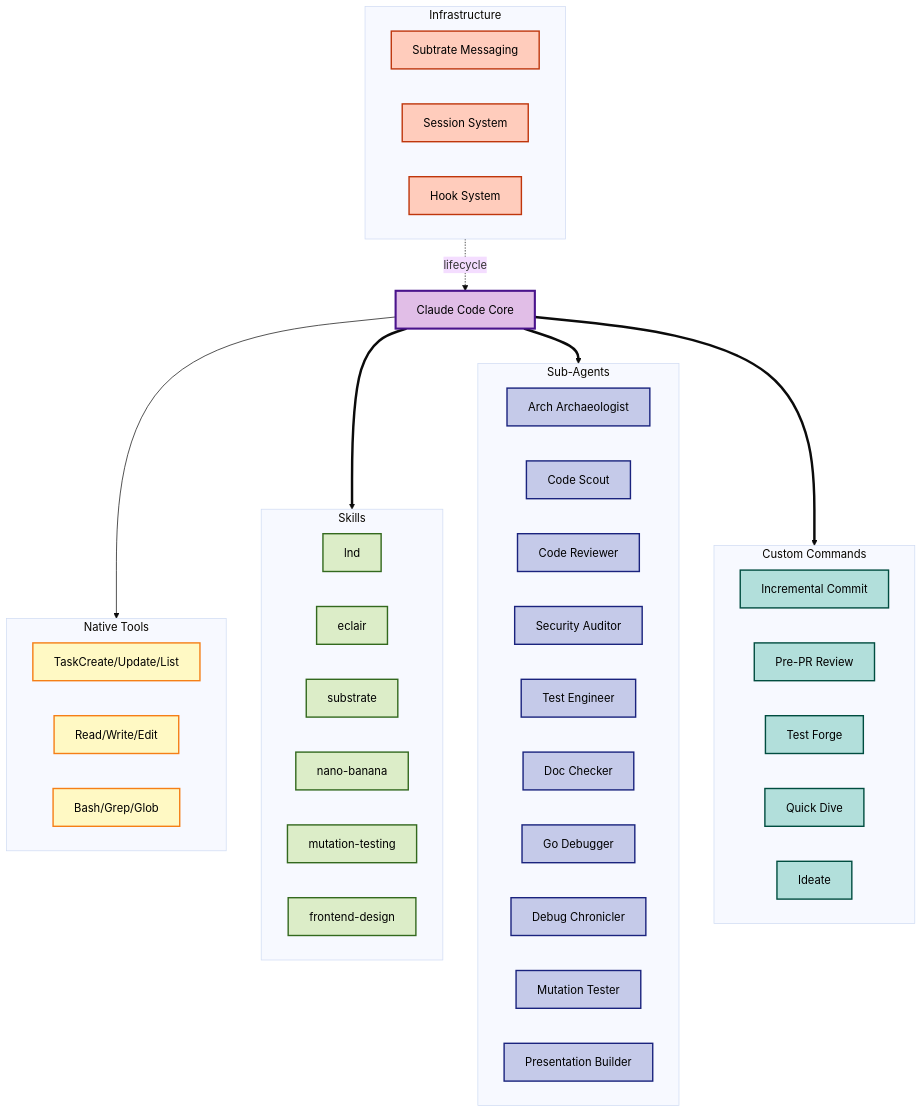
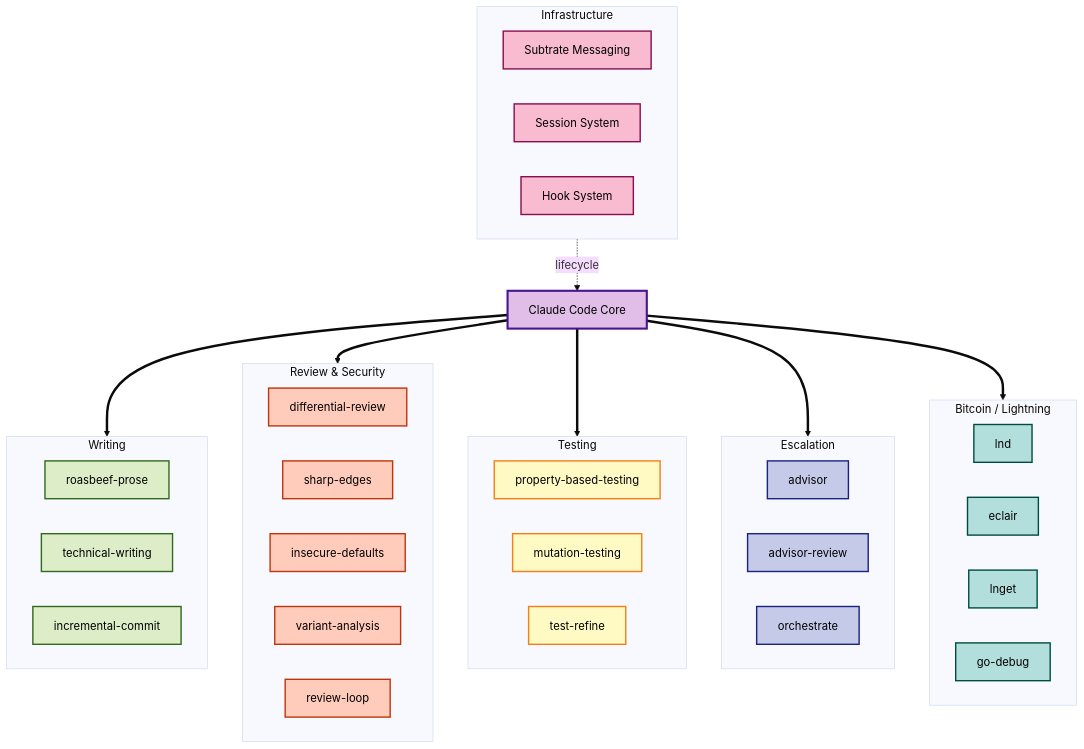
The diagram in README.md (Roasbeef/beefstack), drawn with Mermaid (base theme) before and after one commit. The commit also changed other lines of this file, not shown here.

````diff
--- a/README.md
+++ b/README.md
@@ -7,71 +58,72 @@
 ```mermaid
 graph TB
     Main[Claude Code Core]
 
-    subgraph NativeTools["Native Tools"]
+    subgraph Writing["Writing"]
         direction LR
-        NT1[TaskCreate/Update/List]
-        NT2[Read/Write/Edit]
-        NT3[Bash/Grep/Glob]
+        W1[roasbeef-prose]
+        W2[technical-writing]
+        W3[incremental-commit]
     end
 
-    subgraph Skills["Skills"]
+    subgraph Review["Review &amp; Security"]
         direction LR
-        S1[lnd]
-        S2[eclair]
-        S3[substrate]
-        S4[nano-banana]
-        S5[mutation-testing]
-        S6[frontend-design]
+        R1[differential-review]
+        R2[sharp-edges]
+        R3[insecure-defaults]
+        R4[variant-analysis]
+        R5[review-loop]
     end
 
-    subgraph Agents["Sub-Agents"]
+    subgraph Testing["Testing"]
         direction LR
-        AA[Arch Archaeologist]
-        CS[Code Scout]
-        CR[Code Reviewer]
-        SA[Security Auditor]
-        TE[Test Engineer]
-        DD[Doc Checker]
-        GD[Go Debugger]
-        DC2[Debug Chronicler]
-        MT[Mutation Tester]
-        PB[Presentation Builder]
+        T1[property-based-testing]
+        T2[mutation-testing]
+        T3[test-refine]
     end
 
-    subgraph Commands["Custom Commands"]
+    subgraph Escalation["Escalation"]
         direction LR
-        IC[Incremental Commit]
-        PR[Pre-PR Review]
-        TF[Test Forge]
-        QD[Quick Dive]
-        ID[Ideate]
+        E1[advisor]
+        E2[advisor-review]
+        E3[orchestrate]
+    end
+
+    subgraph Domain["Bitcoin / Lightning"]
+        direction LR
+        D1[lnd]
+        D2[eclair]
+        D3[lnget]
+        D4[go-debug]
     end
 
     subgraph Infra["Infrastructure"]
         direction LR
         Sub[Subtrate Messaging]
         Ses[Session System]
         Hooks[Hook System]
     end
 
-    Main --> NativeTools
-    Main ==> Skills
-    Main ==> Agents
-    Main ==> Commands
+    Main ==> Writing
+    Main ==> Review
+    Main ==> Testing
+    Main ==> Escalation
+    Main ==> Domain
     Infra -.->|lifecycle| Main
 
     classDef core fill:#e1bee7,stroke:#4a148c,stroke-width:3px,color:#000
-    classDef agents fill:#c5cae9,stroke:#1a237e,stroke-width:2px,color:#000
-    classDef commands fill:#b2dfdb,stroke:#004d40,stroke-width:2px,color:#000
-    classDef hooks fill:#ffccbc,stroke:#bf360c,stroke-width:2px,color:#000
-    classDef tools fill:#fff9c4,stroke:#f57f17,stroke-width:2px,color:#000
-    classDef skills fill:#dcedc8,stroke:#33691e,stroke-width:2px,color:#000
+    classDef writing fill:#dcedc8,stroke:#33691e,stroke-width:2px,color:#000
+    classDef review fill:#ffccbc,stroke:#bf360c,stroke-width:2px,color:#000
+    classDef testing fill:#fff9c4,stroke:#f57f17,stroke-width:2px,color:#000
+    classDef escalation fill:#c5cae9,stroke:#1a237e,stroke-width:2px,color:#000
+    classDef domain fill:#b2dfdb,stroke:#004d40,stroke-width:2px,color:#000
+    classDef infra fill:#f8bbd0,stroke:#880e4f,stroke-width:2px,color:#000
 
     class Main core
-    class AA,CS,CR,SA,TE,DD,GD,DC2,MT,PB agents
-    class IC,PR,TF,QD,ID commands
-    class Sub,Ses,Hooks hooks
-    class NT1,NT2,NT3 tools
-    class S1,S2,S3,S4,S5,S6 skills
+    class W1,W2,W3 writing
+    class R1,R2,R3,R4,R5 review
+    class T1,T2,T3 testing
+    class E1,E2,E3 escalation
+    class D1,D2,D3,D4 domain
+    class Sub,Ses,Hooks infra
 ```
````
